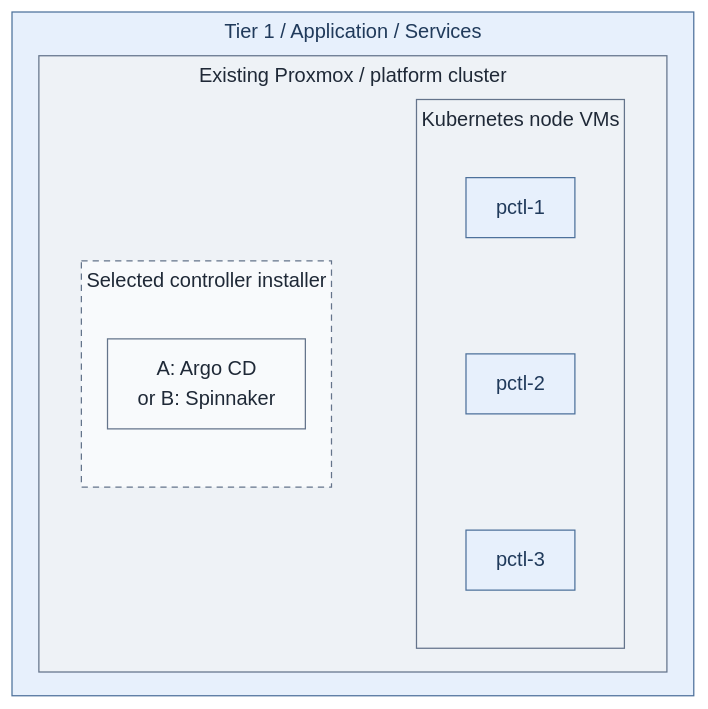
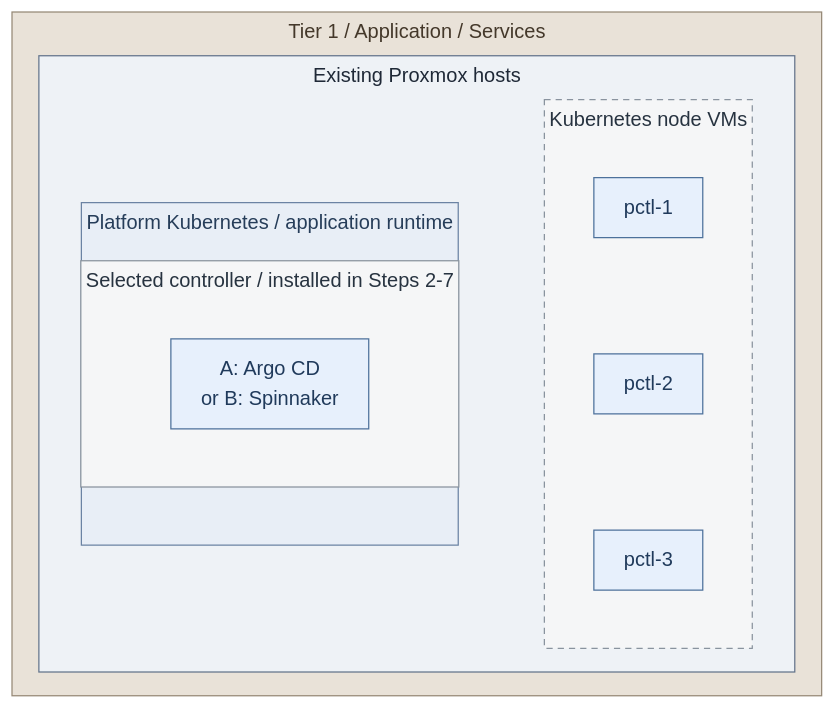
Before and after one commit to Rexus/homelab: the diagram in docs/03-deployment/stage-7-delivery/README.md, drawn with Mermaid. The commit also changed other lines of this file and 108 other files, not shown here.

Commit message:
docs(diagrams): unify visual language and opening views

````diff
--- a/docs/03-deployment/stage-7-delivery/README.md
+++ b/docs/03-deployment/stage-7-delivery/README.md
@@ -13,28 +13,36 @@
 ```mermaid
 %%{init: {"theme":"base","flowchart":{"nodeSpacing":18,"rankSpacing":18,"padding":12,"subGraphTitleMargin":{"top":4,"bottom":12}},"themeVariables":{"lineColor":"#627581","edgeLabelBackground":"#f8fafc"}}}%%
 flowchart TB
   subgraph T1["Tier 1 / Application / Services"]
     direction LR
-    subgraph PVE["Existing Proxmox / platform cluster"]
+    subgraph PVE["Existing Proxmox hosts"]
       direction LR
-      subgraph Added["Selected controller installer"]
-        Controller["A: Argo CD<br/>or B: Spinnaker"]
+      subgraph Cluster["Platform Kubernetes / application runtime"]
+        subgraph Added["Selected controller / installed in Steps 2-7"]
+          Controller["A: Argo CD<br/>or B: Spinnaker"]
+        end
       end
       subgraph Nodes["Kubernetes node VMs"]
         direction TB
         CP1["pctl-1"]
         CP2["pctl-2"]
         CP3["pctl-3"]
         CP1 ~~~ CP2 ~~~ CP3
       end
-      Added ~~~ Nodes
+      Cluster ~~~ Nodes
     end
   end
   classDef default fill:#f8fafc,stroke:#64748b,color:#1f2937
   classDef services fill:#e7f0fc,stroke:#4d719b,color:#203a5b
   classDef boundary fill:#eef2f6,stroke:#64748b,color:#1f2937
-  classDef replicas fill:#f8fafc,stroke:#64748b,color:#1f2937,stroke-dasharray:5 4
-  class T1,CP1,CP2,CP3 services
-  class PVE,Nodes boundary
-  class Added replicas
+  classDef group fill:#f5f6f7,stroke:#89939e,color:#273340
+  classDef replicas fill:#f5f6f7,stroke:#89939e,color:#273340,stroke-dasharray:5 4
+  class CP1,CP2,CP3,Controller services
+  class PVE boundary
+  class Added group
+  class Nodes replicas
+  classDef kubernetes fill:#e8eef6,stroke:#6b83a3,color:#263d59
+  class Cluster kubernetes
+  classDef tier1 fill:#e9e2d8,stroke:#968976,color:#44382a
+  class T1 tier1
 ```
````
